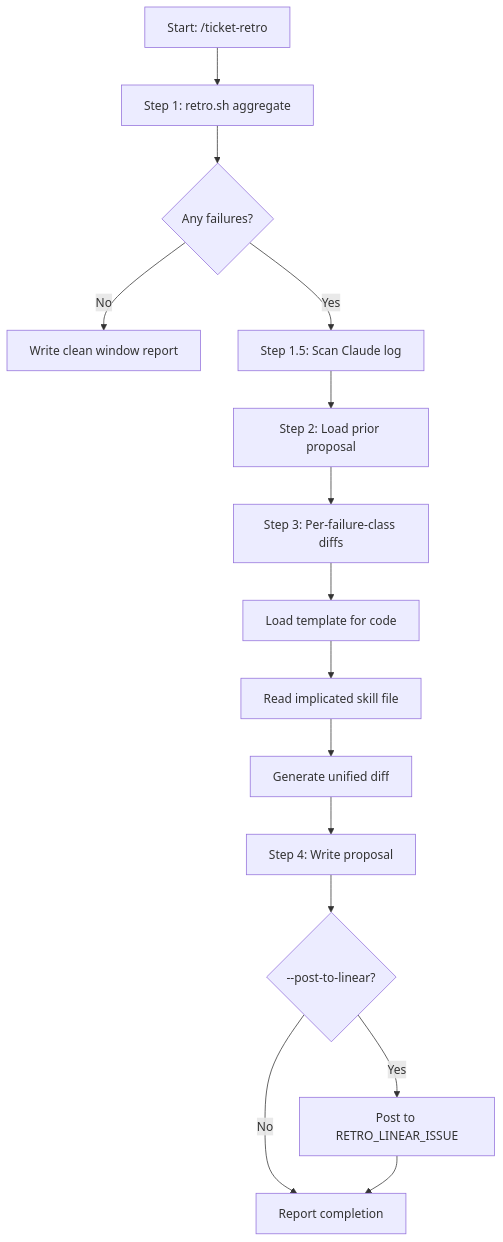
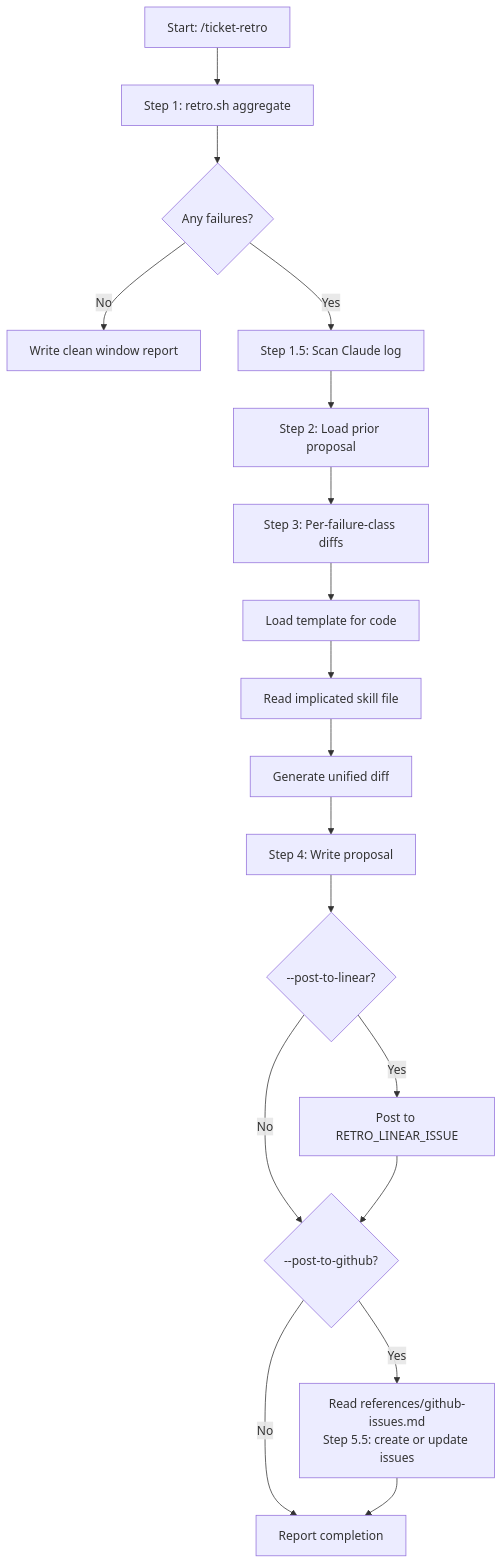
One commit to rogueprocess13/claude-plugins changed the diagram in ticket-auto-pipeline/docs/skills/ticket-retro.md. Above: the diagram before and after it, drawn with Mermaid. The commit also changed other lines of this file and 10 other files, not shown here.

Commit message:
refactor(ticket-auto-pipeline): move ticket-retro --post-to-github text to a reference (skill-progressive-disclosure 8)

````diff
--- a/ticket-auto-pipeline/docs/skills/ticket-retro.md
+++ b/ticket-auto-pipeline/docs/skills/ticket-retro.md
@@ -36,17 +39,20 @@
 ```mermaid
 flowchart TD
     A[Start: /ticket-retro] --> B[Step 1: retro.sh aggregate]
     B --> C{Any failures?}
     C -->|No| D[Write clean window report]
     C -->|Yes| E[Step 1.5: Scan Claude log]
     E --> F[Step 2: Load prior proposal]
     F --> G[Step 3: Per-failure-class diffs]
     G --> H[Load template for code]
     H --> I[Read implicated skill file]
     I --> J[Generate unified diff]
     J --> K[Step 4: Write proposal]
     K --> L{--post-to-linear?}
     L -->|Yes| M[Post to RETRO_LINEAR_ISSUE]
-    L -->|No| N[Report completion]
-    M --> N
+    L -->|No| P{--post-to-github?}
+    M --> P
+    P -->|Yes| Q[Read references/github-issues.md<br/>Step 5.5: create or update issues]
+    P -->|No| N[Report completion]
+    Q --> N
 ```
````
